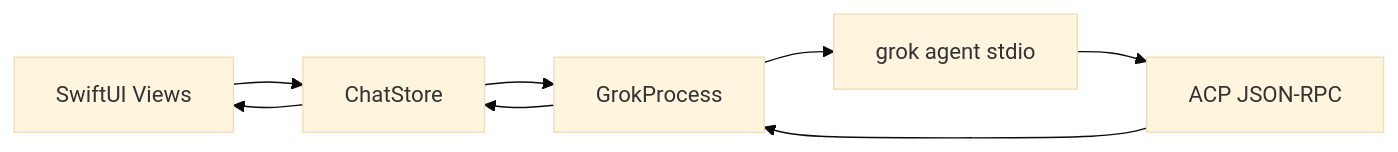
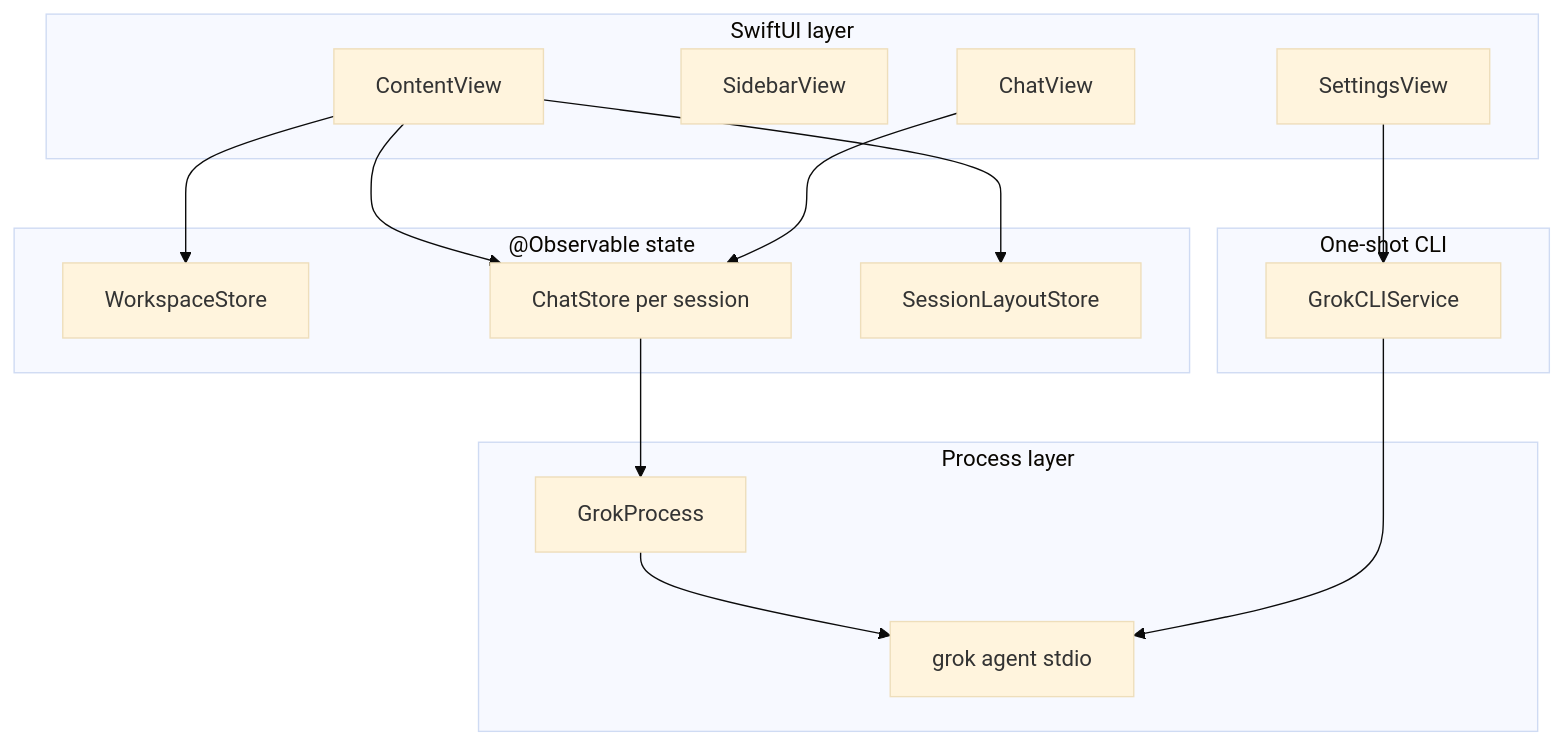
Before and after one commit to rimusz/grok-build-desktop: the first of 2 diagrams in ARCHITECTURE.md, drawn with Mermaid (base theme). The commit also changed other lines of this file and 46 other files, not shown here.

````diff
--- a/ARCHITECTURE.md
+++ b/ARCHITECTURE.md
@@ -33,10 +123,33 @@
 ```mermaid
-flowchart LR
-  UI[SwiftUI Views] --> CS[ChatStore]
-  CS --> GP[GrokProcess]
-  GP --> CLI["grok agent stdio"]
-  CLI --> ACP[ACP JSON-RPC]
-  ACP --> GP
-  GP --> CS
-  CS --> UI
+flowchart TB
+    subgraph UI["SwiftUI layer"]
+        CV[ContentView]
+        SV[SidebarView]
+        CHV[ChatView]
+        STV[SettingsView]
+    end
+
+    subgraph State["@Observable state"]
+        WS[WorkspaceStore]
+        CS[ChatStore per session]
+        SL[SessionLayoutStore]
+    end
+
+    subgraph Process["Process layer"]
+        GP[GrokProcess]
+        CLI["grok agent stdio"]
+    end
+
+    subgraph OneShot["One-shot CLI"]
+        GCS[GrokCLIService]
+    end
+
+    CV --> WS
+    CV --> CS
+    CV --> SL
+    CHV --> CS
+    CS --> GP
+    GP --> CLI
+    STV --> GCS
+    GCS --> CLI
 ```
````
